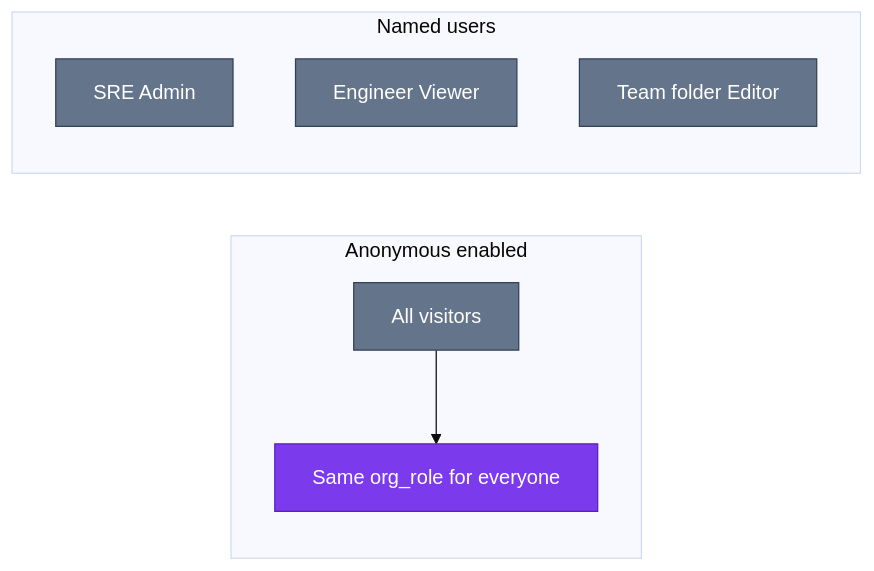
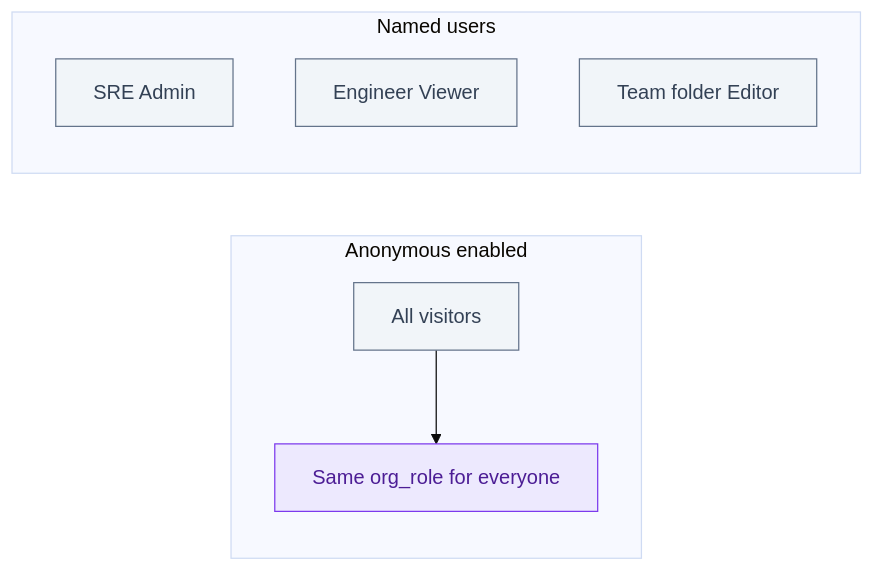
The second of 3 diagrams in docs/observability/grafana/rbac-multi-team.md (duynhlab/homelab), drawn with Mermaid (base theme) before and after one commit. The commit also changed other lines of this file and 174 other files, not shown here.

First line of the commit message:
Soft-tint diagram palette, a signal-flow diagram, a Linux-ready Draw.io skill

````diff
--- a/docs/observability/grafana/rbac-multi-team.md
+++ b/docs/observability/grafana/rbac-multi-team.md
@@ -134,19 +134,19 @@
 ```mermaid
 flowchart LR
   subgraph Anon["Anonymous enabled"]
     A1[All visitors]
     A2[Same org_role for everyone]
     A1 --> A2
   end
 
   subgraph Named["Named users"]
     U1[SRE Admin]
     U2[Engineer Viewer]
     U3[Team folder Editor]
   end
 
-  classDef external fill:#64748b,color:#fff,stroke:#334155;
-  classDef platform fill:#7c3aed,color:#fff,stroke:#5b21b6;
+  classDef external fill:#f1f5f9,color:#334155,stroke:#64748b;
+  classDef platform fill:#ede9fe,color:#4c1d95,stroke:#7c3aed;
   class A1,U1,U2,U3 external;
   class A2 platform;
 ```
````
